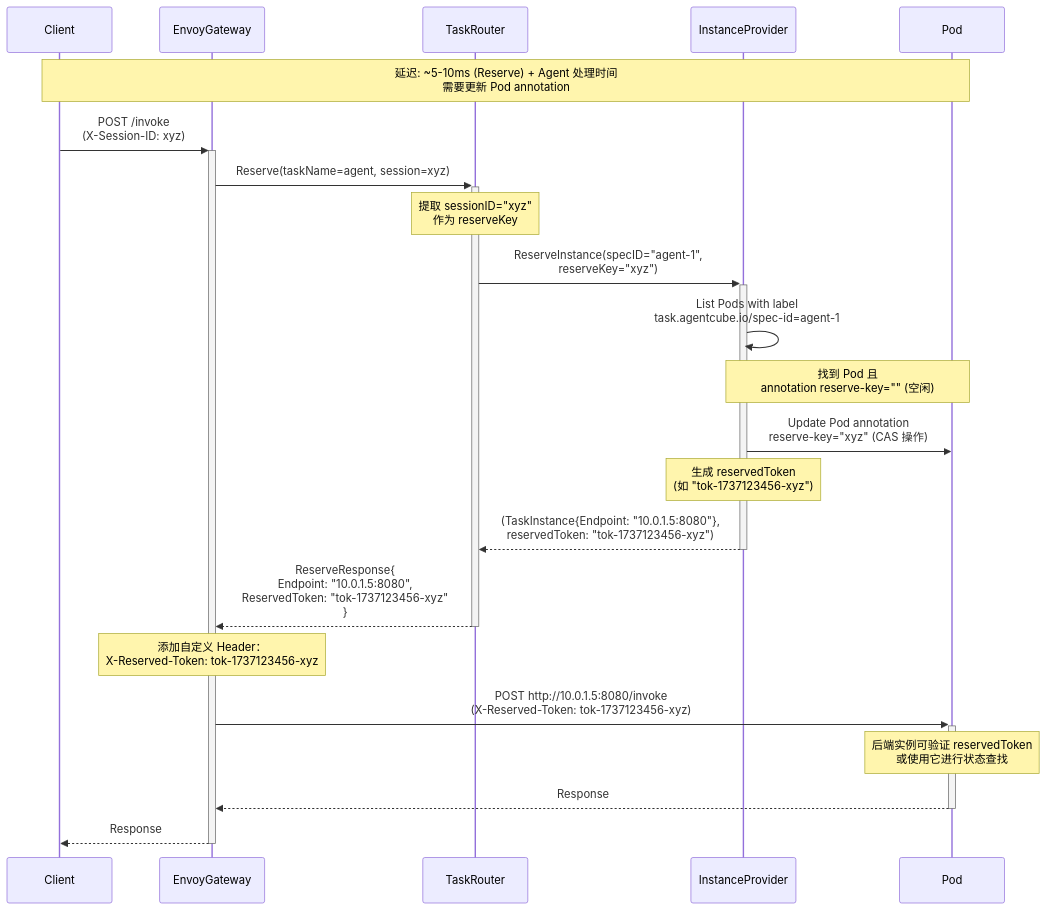
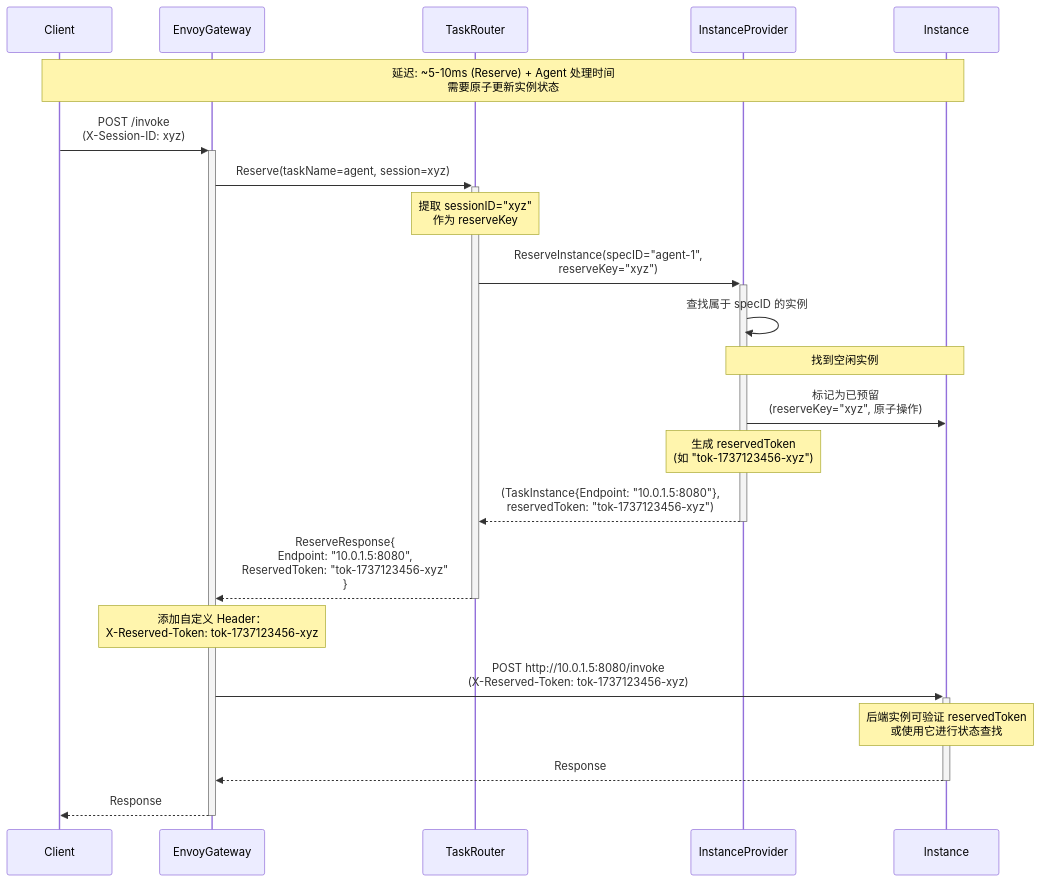
Before and after one commit to volcano-sh/agentcube: the second of 7 diagrams in docs/design/PROPOSAL-TASK.md, drawn with Mermaid. The commit also changed other lines of this file, not shown here.

First line of the commit message:
docs: refactor Task design proposal with structured API documentation and SandboxProvider details

````diff
--- a/docs/design/PROPOSAL-TASK.md
+++ b/docs/design/PROPOSAL-TASK.md
@@ -956,38 +690,38 @@
 ```mermaid
 sequenceDiagram
     participant Client
     participant EnvoyGateway
     participant TaskRouter
     participant InstanceProvider
-    participant Pod
+    participant Instance
 
-    Note over Client,Pod: 延迟: ~5-10ms (Reserve) + Agent 处理时间<br/>需要更新 Pod annotation
+    Note over Client,Instance: 延迟: ~5-10ms (Reserve) + Agent 处理时间<br/>需要原子更新实例状态
 
     Client->>+EnvoyGateway: POST /invoke<br/>(X-Session-ID: xyz)
     EnvoyGateway->>+TaskRouter: Reserve(taskName=agent, session=xyz)
 
     Note over TaskRouter: 提取 sessionID="xyz"<br/>作为 reserveKey
 
     TaskRouter->>+InstanceProvider: ReserveInstance(specID="agent-1",<br/>reserveKey="xyz")
 
-    InstanceProvider->>InstanceProvider: List Pods with label<br/>task.agentcube.io/spec-id=agent-1
+    InstanceProvider->>InstanceProvider: 查找属于 specID 的实例
 
-    Note over InstanceProvider,Pod: 找到 Pod 且<br/>annotation reserve-key="" (空闲)
+    Note over InstanceProvider,Instance: 找到空闲实例
 
-    InstanceProvider->>Pod: Update Pod annotation<br/>reserve-key="xyz" (CAS 操作)
+    InstanceProvider->>Instance: 标记为已预留<br/>(reserveKey="xyz", 原子操作)
 
     Note over InstanceProvider: 生成 reservedToken<br/>(如 "tok-1737123456-xyz")
 
     InstanceProvider-->>-TaskRouter: (TaskInstance{Endpoint: "10.0.1.5:8080"},<br/>reservedToken: "tok-1737123456-xyz")
 
     TaskRouter-->>-EnvoyGateway: ReserveResponse{<br/>  Endpoint: "10.0.1.5:8080",<br/>  ReservedToken: "tok-1737123456-xyz"<br/>}
 
     Note over EnvoyGateway: 添加自定义 Header：<br/>X-Reserved-Token: tok-1737123456-xyz
 
-    EnvoyGateway->>+Pod: POST http://10.0.1.5:8080/invoke<br/>(X-Reserved-Token: tok-1737123456-xyz)
+    EnvoyGateway->>+Instance: POST http://10.0.1.5:8080/invoke<br/>(X-Reserved-Token: tok-1737123456-xyz)
 
-    Note over Pod: 后端实例可验证 reservedToken<br/>或使用它进行状态查找
+    Note over Instance: 后端实例可验证 reservedToken<br/>或使用它进行状态查找
 
-    Pod-->>-EnvoyGateway: Response
+    Instance-->>-EnvoyGateway: Response
     EnvoyGateway-->>-Client: Response
 ```
````
